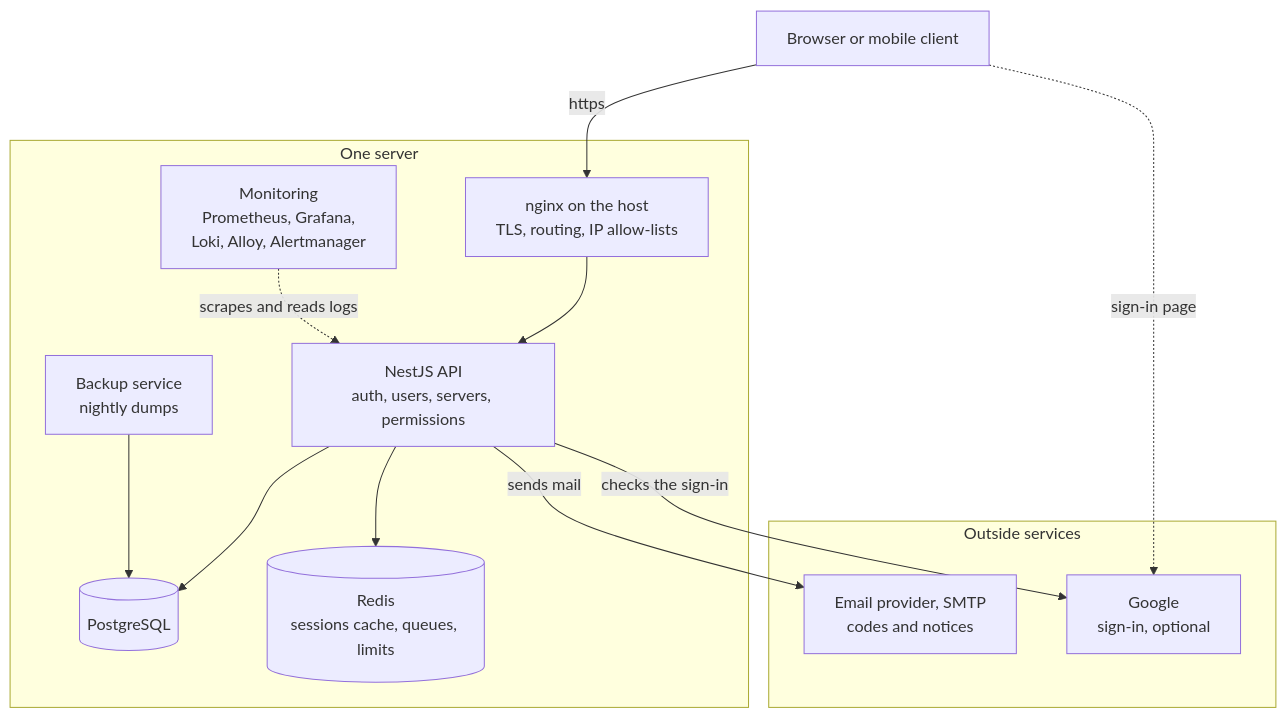
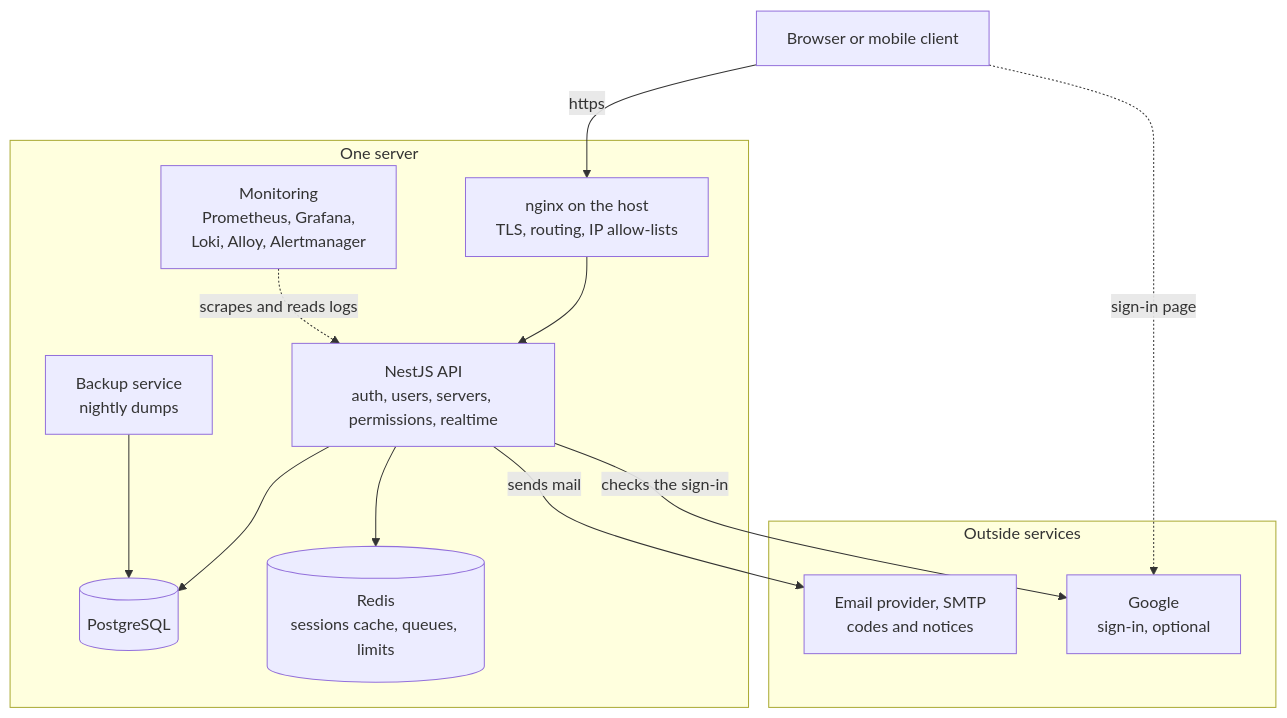
One commit to StoriuSs/NezFocus-Backend changed the first of 5 diagrams in OVERVIEW.md. Above: the diagram before and after it, drawn with Mermaid. The commit also changed other lines of this file and 74 other files, not shown here.

````diff
--- a/OVERVIEW.md
+++ b/OVERVIEW.md
@@ -75,28 +75,28 @@
 ```mermaid
 flowchart TB
     Browser["Browser or mobile client"]
 
     subgraph stack["One server"]
         Nginx["nginx on the host<br/>TLS, routing, IP allow-lists"]
-        App["NestJS API<br/>auth, users, servers, permissions"]
+        App["NestJS API<br/>auth, users, servers, permissions, realtime"]
         PG[("PostgreSQL")]
         RD[("Redis<br/>sessions cache, queues, limits")]
         Backup["Backup service<br/>nightly dumps"]
         Mon["Monitoring<br/>Prometheus, Grafana,<br/>Loki, Alloy, Alertmanager"]
     end
 
     subgraph outside["Outside services"]
         SMTP["Email provider, SMTP<br/>codes and notices"]
         Google["Google<br/>sign-in, optional"]
     end
 
     Browser -->|https| Nginx
     Browser -.->|sign-in page| Google
     Nginx --> App
     App --> PG
     App --> RD
     App -->|sends mail| SMTP
     App -->|checks the sign-in| Google
     Backup --> PG
     Mon -.->|scrapes and reads logs| App
 ```
````
